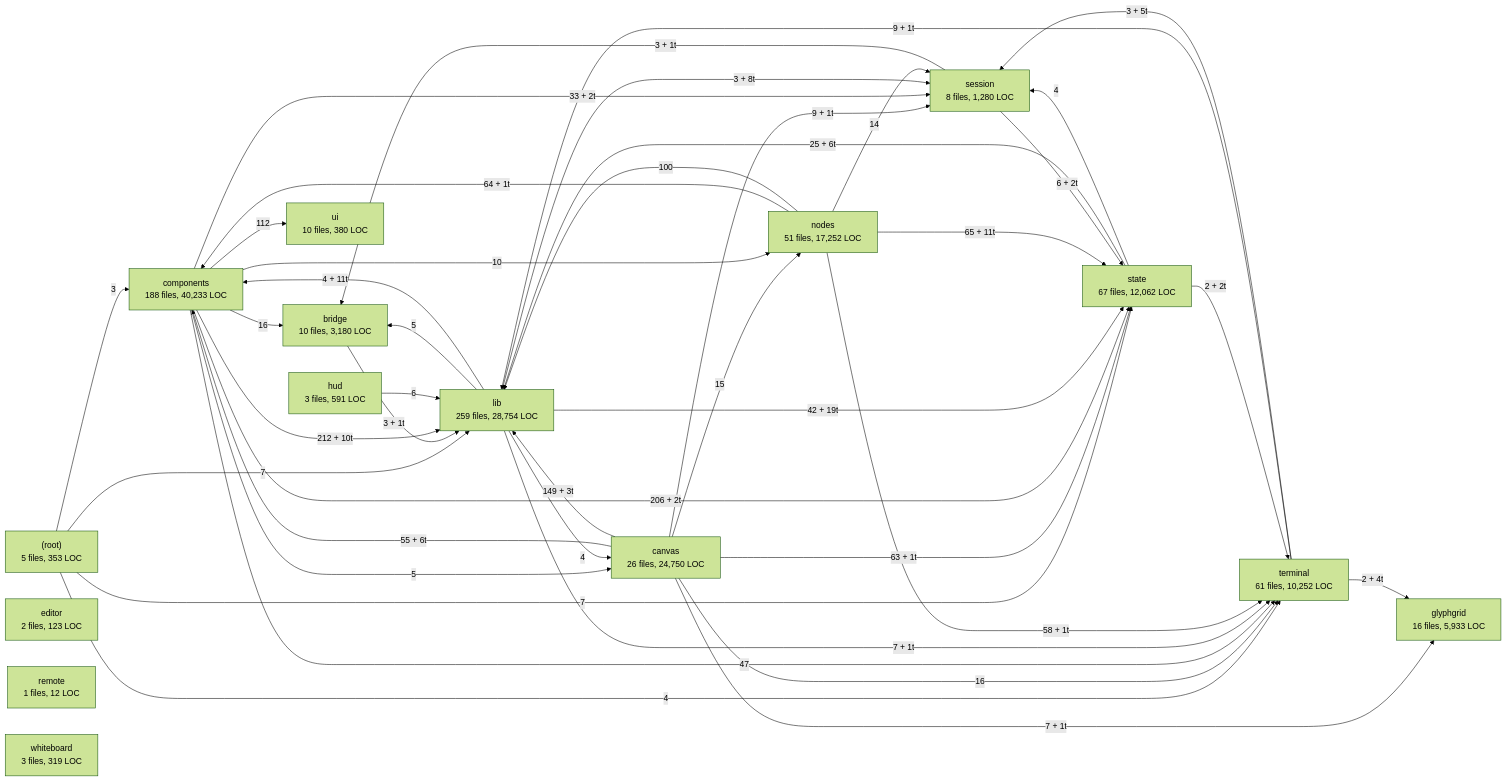
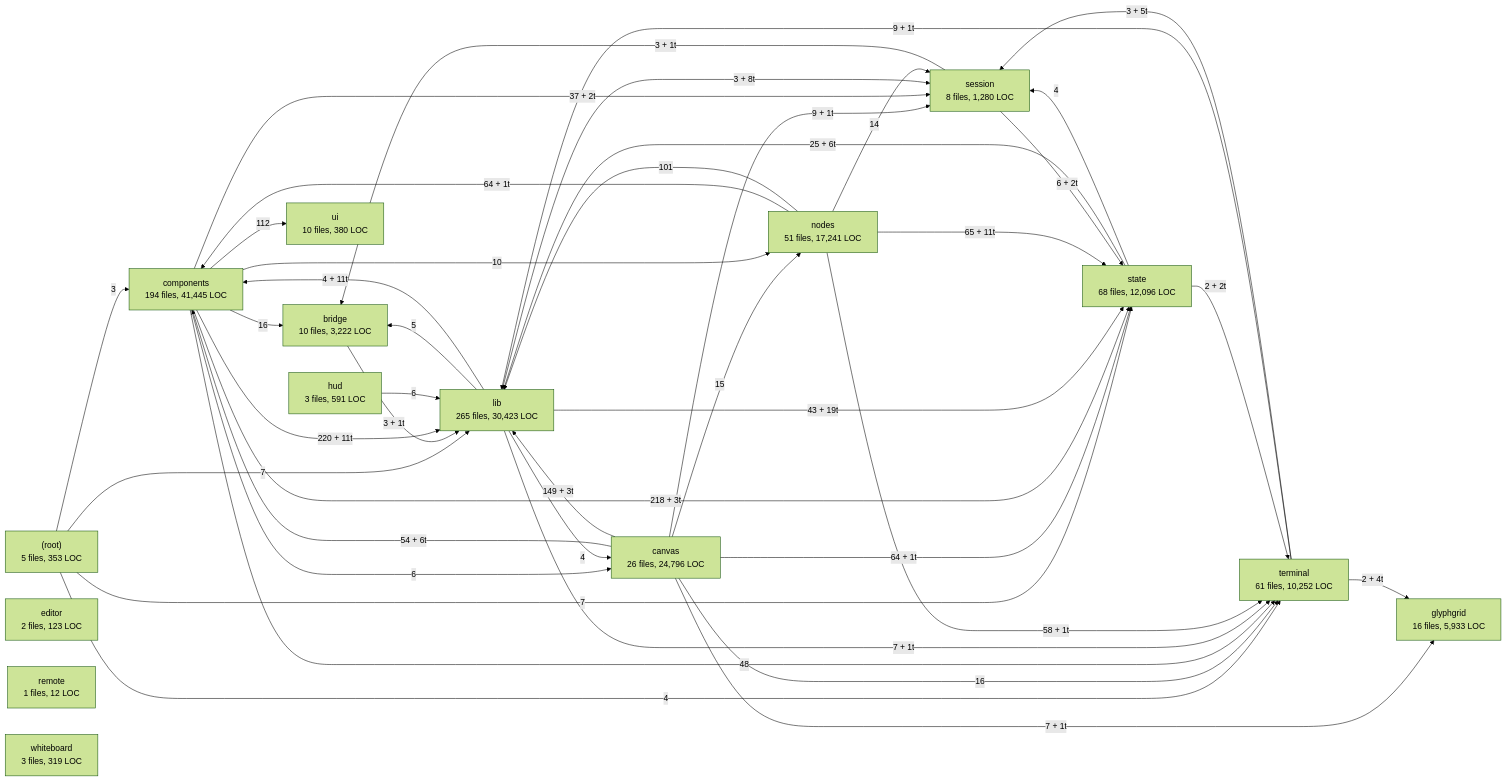
Before and after one commit to pollog09/DisTerm: the fifth of 8 diagrams in docs/architecture/GRAPH.md, drawn with Mermaid (forest theme). The commit also changed other lines of this file and 72 other files, not shown here.

````diff
--- a/docs/architecture/GRAPH.md
+++ b/docs/architecture/GRAPH.md
@@ -140,58 +146,58 @@
 ```mermaid
 flowchart LR
   n_renderer__root_["(root)<br/>5 files, 353 LOC"]
-  n_renderer_bridge["bridge<br/>10 files, 3,180 LOC"]
-  n_renderer_canvas["canvas<br/>26 files, 24,750 LOC"]
-  n_renderer_components["components<br/>188 files, 40,233 LOC"]
+  n_renderer_bridge["bridge<br/>10 files, 3,222 LOC"]
+  n_renderer_canvas["canvas<br/>26 files, 24,796 LOC"]
+  n_renderer_components["components<br/>194 files, 41,445 LOC"]
   n_renderer_editor["editor<br/>2 files, 123 LOC"]
   n_renderer_glyphgrid["glyphgrid<br/>16 files, 5,933 LOC"]
   n_renderer_hud["hud<br/>3 files, 591 LOC"]
-  n_renderer_lib["lib<br/>259 files, 28,754 LOC"]
-  n_renderer_nodes["nodes<br/>51 files, 17,252 LOC"]
+  n_renderer_lib["lib<br/>265 files, 30,423 LOC"]
+  n_renderer_nodes["nodes<br/>51 files, 17,241 LOC"]
   n_renderer_remote["remote<br/>1 files, 12 LOC"]
   n_renderer_session["session<br/>8 files, 1,280 LOC"]
-  n_renderer_state["state<br/>67 files, 12,062 LOC"]
+  n_renderer_state["state<br/>68 files, 12,096 LOC"]
   n_renderer_terminal["terminal<br/>61 files, 10,252 LOC"]
   n_renderer_ui["ui<br/>10 files, 380 LOC"]
   n_renderer_whiteboard["whiteboard<br/>3 files, 319 LOC"]
   n_renderer__root_ -->|"3"| n_renderer_components
   n_renderer__root_ -->|"7"| n_renderer_lib
   n_renderer__root_ -->|"7"| n_renderer_state
   n_renderer__root_ -->|"4"| n_renderer_terminal
   n_renderer_bridge -->|"3 + 1t"| n_renderer_lib
-  n_renderer_canvas -->|"55 + 6t"| n_renderer_components
+  n_renderer_canvas -->|"54 + 6t"| n_renderer_components
   n_renderer_canvas -->|"7 + 1t"| n_renderer_glyphgrid
   n_renderer_canvas -->|"149 + 3t"| n_renderer_lib
   n_renderer_canvas -->|"15"| n_renderer_nodes
   n_renderer_canvas -->|"9 + 1t"| n_renderer_session
-  n_renderer_canvas -->|"63 + 1t"| n_renderer_state
+  n_renderer_canvas -->|"64 + 1t"| n_renderer_state
   n_renderer_canvas -->|"16"| n_renderer_terminal
   n_renderer_components -->|"16"| n_renderer_bridge
-  n_renderer_components -->|"5"| n_renderer_canvas
-  n_renderer_components -->|"212 + 10t"| n_renderer_lib
+  n_renderer_components -->|"6"| n_renderer_canvas
+  n_renderer_components -->|"220 + 11t"| n_renderer_lib
   n_renderer_components -->|"10"| n_renderer_nodes
-  n_renderer_components -->|"33 + 2t"| n_renderer_session
-  n_renderer_components -->|"206 + 2t"| n_renderer_state
-  n_renderer_components -->|"47"| n_renderer_terminal
+  n_renderer_components -->|"37 + 2t"| n_renderer_session
+  n_renderer_components -->|"218 + 3t"| n_renderer_state
+  n_renderer_components -->|"48"| n_renderer_terminal
   n_renderer_components -->|"112"| n_renderer_ui
   n_renderer_hud -->|"6"| n_renderer_lib
   n_renderer_lib -->|"5"| n_renderer_bridge
   n_renderer_lib -->|"4"| n_renderer_canvas
   n_renderer_lib -->|"4 + 11t"| n_renderer_components
   n_renderer_lib -->|"3 + 8t"| n_renderer_session
-  n_renderer_lib -->|"42 + 19t"| n_renderer_state
+  n_renderer_lib -->|"43 + 19t"| n_renderer_state
   n_renderer_lib -->|"7 + 1t"| n_renderer_terminal
   n_renderer_nodes -->|"64 + 1t"| n_renderer_components
-  n_renderer_nodes -->|"100"| n_renderer_lib
+  n_renderer_nodes -->|"101"| n_renderer_lib
   n_renderer_nodes -->|"14"| n_renderer_session
   n_renderer_nodes -->|"65 + 11t"| n_renderer_state
   n_renderer_nodes -->|"58 + 1t"| n_renderer_terminal
   n_renderer_session -->|"3 + 1t"| n_renderer_bridge
   n_renderer_session -->|"6 + 2t"| n_renderer_state
   n_renderer_state -->|"25 + 6t"| n_renderer_lib
   n_renderer_state -->|"4"| n_renderer_session
   n_renderer_state -->|"2 + 2t"| n_renderer_terminal
   n_renderer_terminal -->|"2 + 4t"| n_renderer_glyphgrid
   n_renderer_terminal -->|"9 + 1t"| n_renderer_lib
   n_renderer_terminal -->|"3 + 5t"| n_renderer_session
 ```
````
